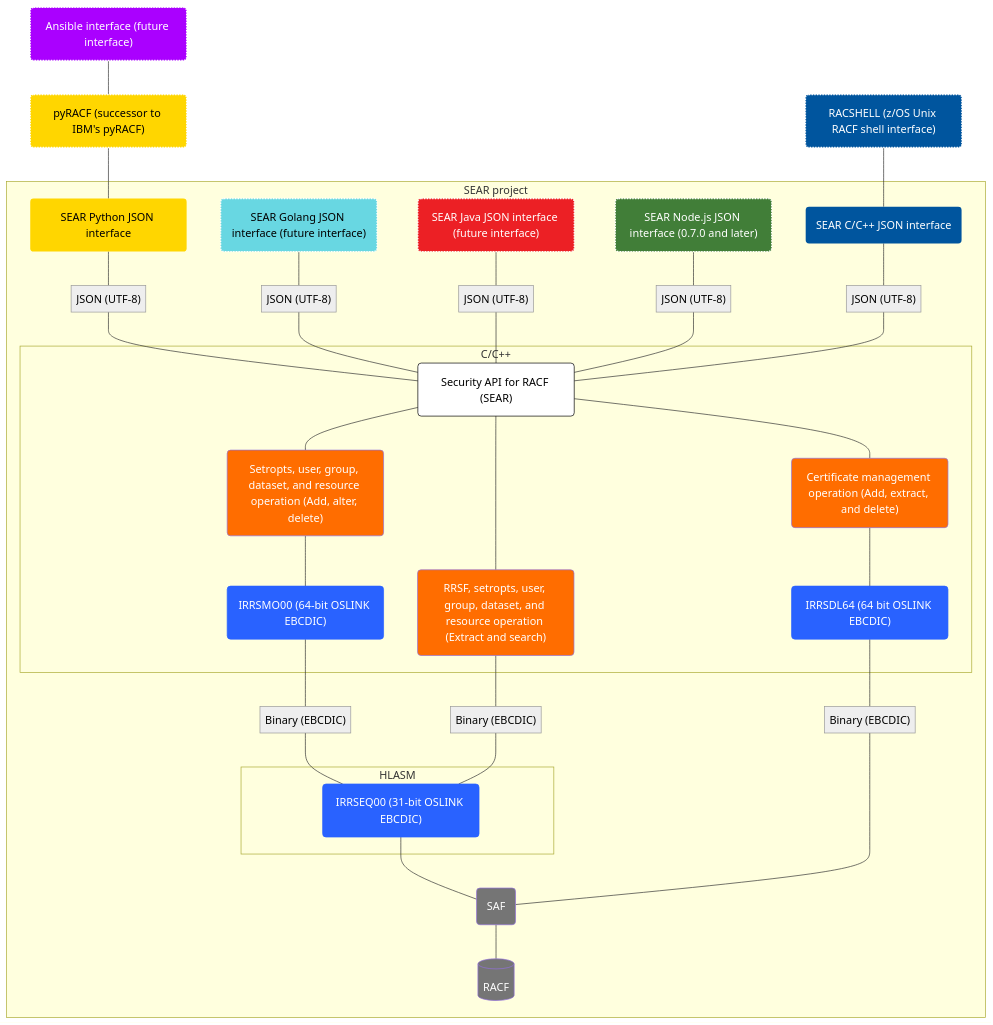
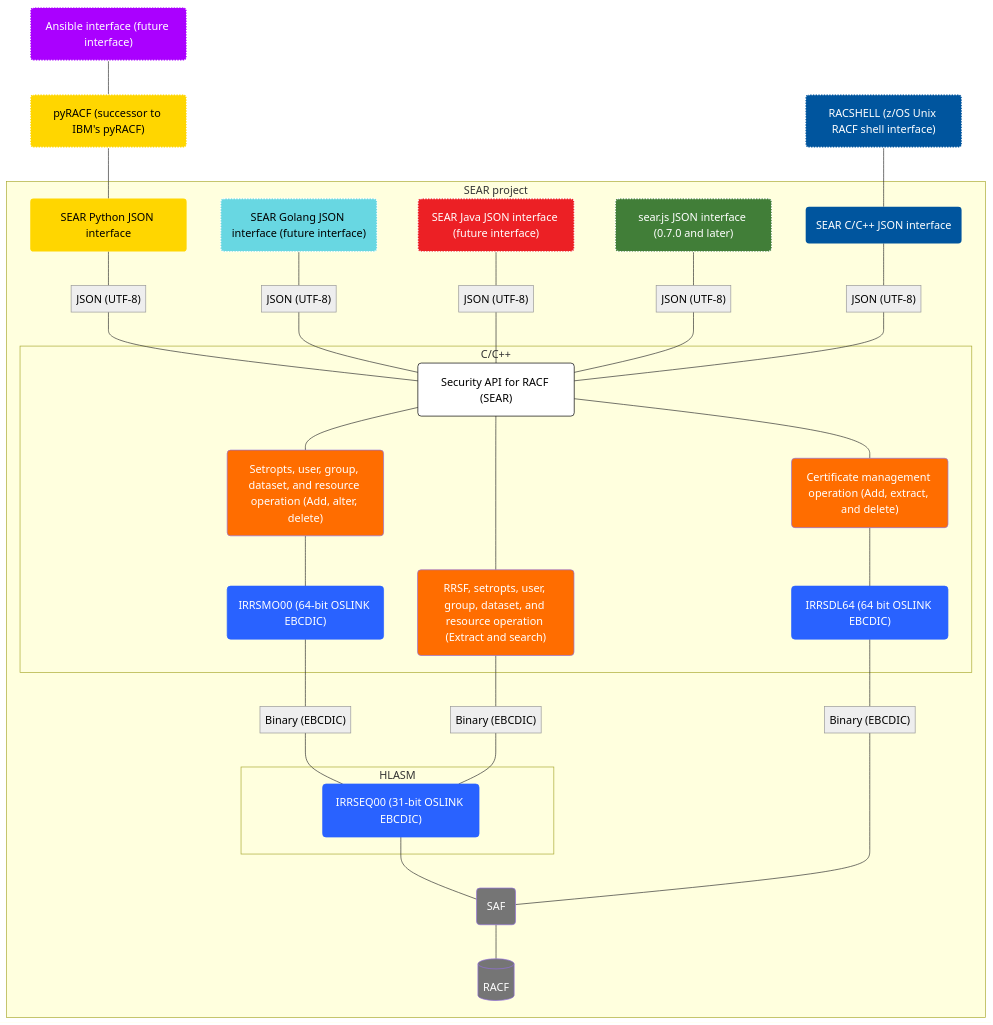
One commit to emmasdb/sear-docs changed the diagram in index.md. Above: the diagram before and after it, drawn with Mermaid.

Commit message:
Updated JavaScript interface name

```diff
--- a/index.md
+++ b/index.md
@@ -119,7 +119,7 @@
         n16@{ label: "<span style=\"padding-left:\">JSON (UTF-8)</span>" }
         n15["SEAR Java JSON interface (future interface)"]
         n18@{ label: "<span style=\"padding-left:\">JSON (UTF-8)</span>" }
-        n17["SEAR Node.js JSON interface (0.7.0 and later)"]
+        n17["sear.js JSON interface (0.7.0 and later)"]
         n19["Binary (EBCDIC)"]
         n21@{ label: "<span style=\"padding-left:\">JSON (UTF-8)</span>" }
         n20["SEAR C/C++ JSON interface"]
```
